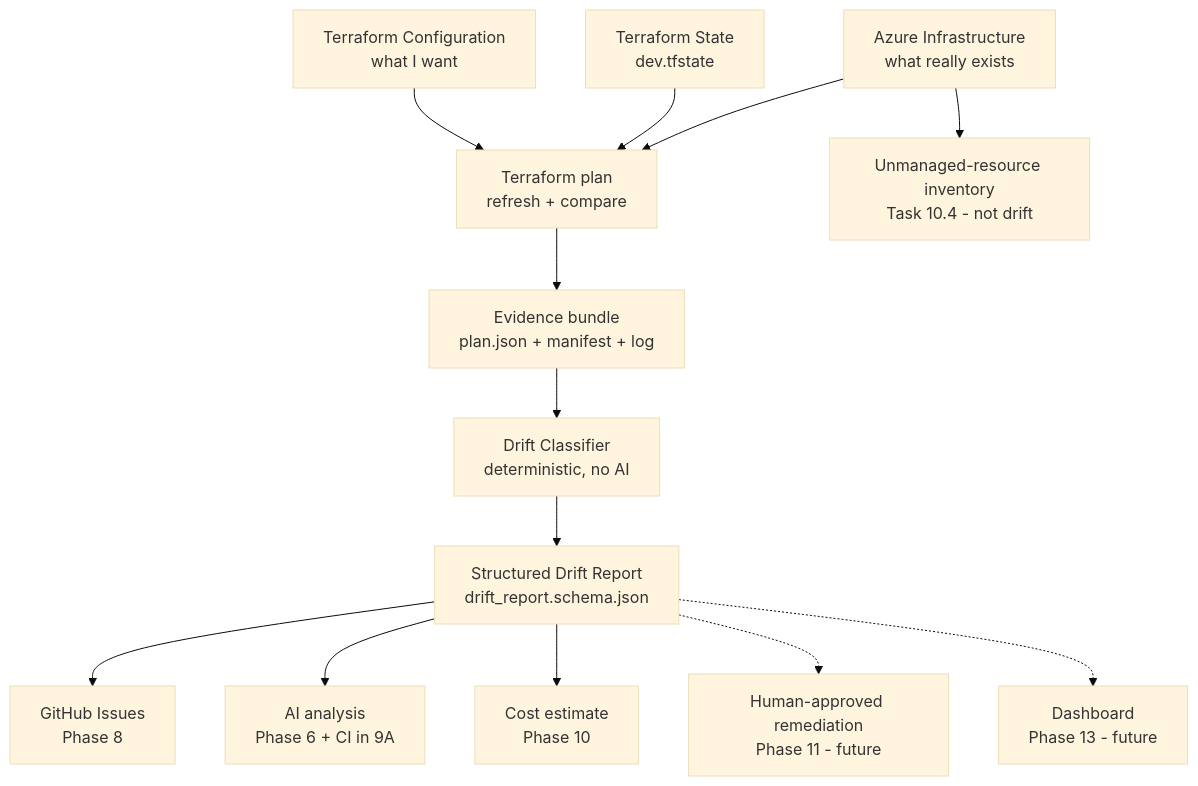
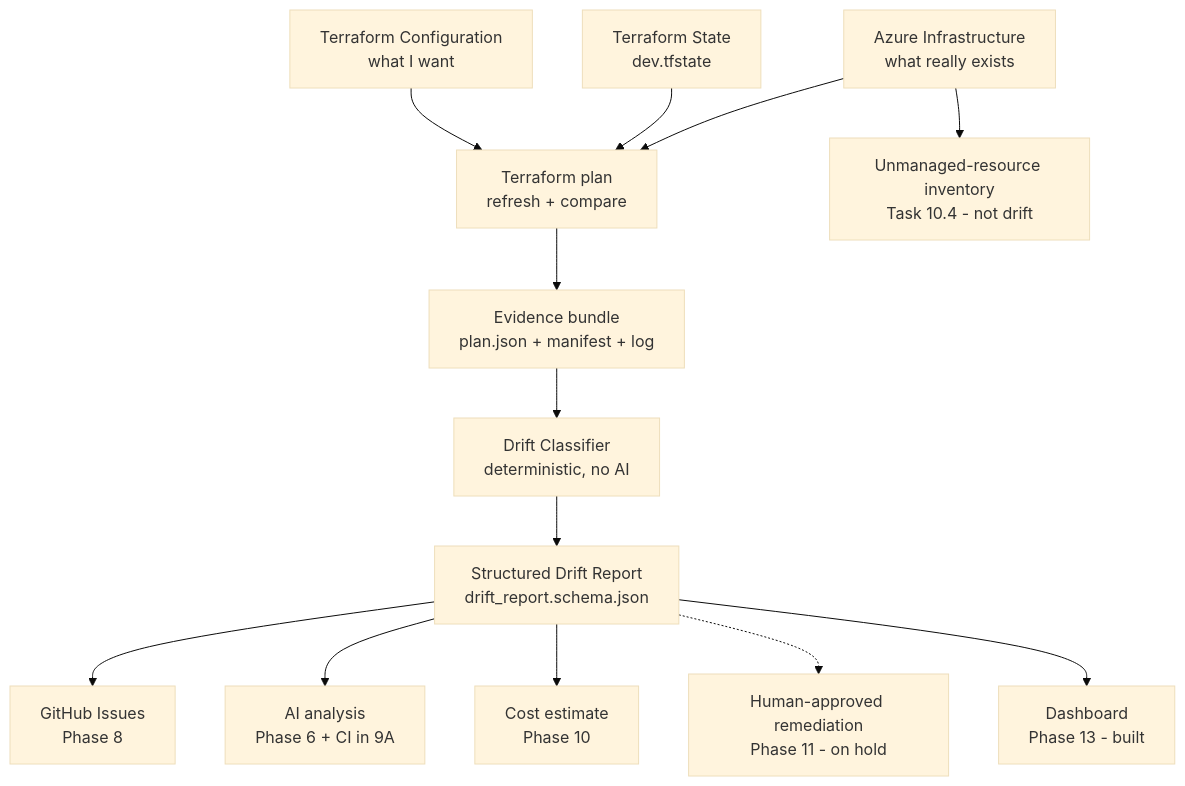
One commit to HarshAgarwal1102/ai-terraform-drift-detector changed the first of 11 diagrams in docs/MASTER_PROJECT_GUIDE.md. Above: the diagram before and after it, drawn with Mermaid (base theme). The commit also changed other lines of this file and 4 other files, not shown here.

````diff
--- a/docs/MASTER_PROJECT_GUIDE.md
+++ b/docs/MASTER_PROJECT_GUIDE.md
@@ -135,15 +139,15 @@
 ```mermaid
 flowchart TD
     CFG["Terraform Configuration<br/>what I want"] --> TF["Terraform plan<br/>refresh + compare"]
     STATE["Terraform State<br/>dev.tfstate"] --> TF
     AZ["Azure Infrastructure<br/>what really exists"] --> TF
     TF --> EV["Evidence bundle<br/>plan.json + manifest + log"]
     EV --> CL["Drift Classifier<br/>deterministic, no AI"]
     CL --> RES["Structured Drift Report<br/>drift_report.schema.json"]
     RES --> GH["GitHub Issues<br/>Phase 8"]
     RES --> AI["AI analysis<br/>Phase 6 + CI in 9A"]
     RES --> COST["Cost estimate<br/>Phase 10"]
     AZ --> UNM["Unmanaged-resource inventory<br/>Task 10.4 - not drift"]
-    RES -.-> FIX["Human-approved remediation<br/>Phase 11 - future"]
-    RES -.-> DASH["Dashboard<br/>Phase 13 - future"]
+    RES -.-> FIX["Human-approved remediation<br/>Phase 11 - on hold"]
+    RES --> DASH["Dashboard<br/>Phase 13 - built"]
 ```
````
